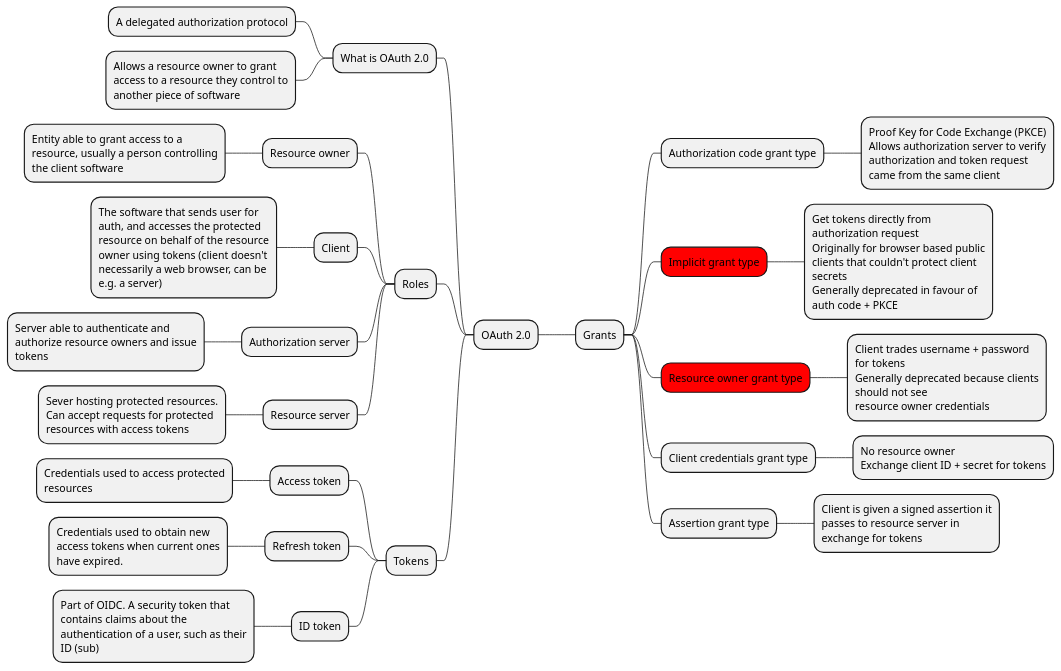
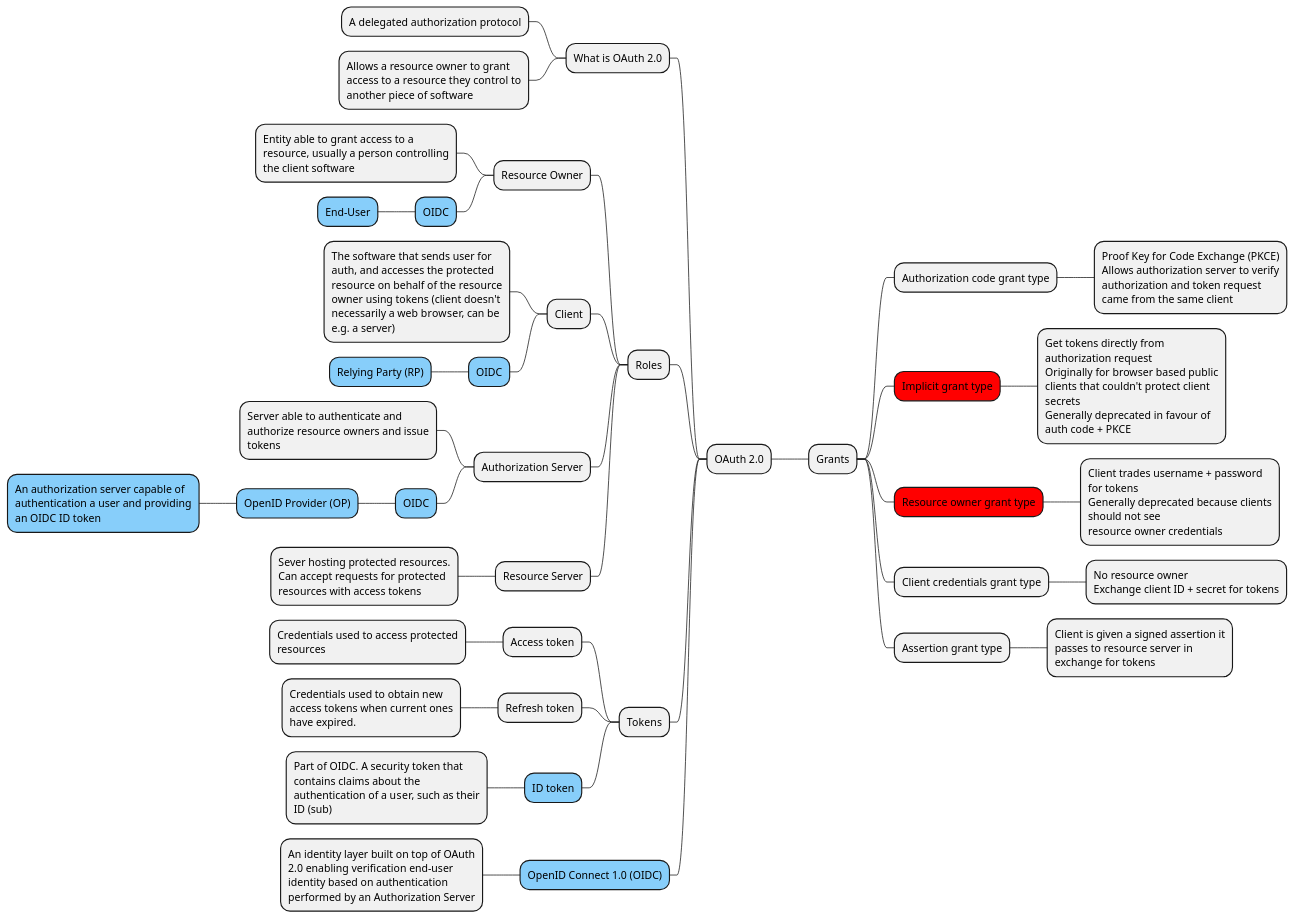
The diagram in oauth/oauth.puml (hwride/auth), drawn with PlantUML before and after one commit.

Commit message:
Add some OIDC notes

```diff
--- a/oauth/oauth.puml
+++ b/oauth/oauth.puml
@@ -1,50 +1,60 @@
 @startmindmap
 
 <style>
 node {
     MaximumWidth 250
 }
 </style>
 
 + OAuth 2.0
 ++ Grants
 *** Authorization code grant type
 ****:Proof Key for Code Exchange (PKCE)
 Allows authorization server to verify authorization and token request came from the same client;
 ***[#red] Implicit grant type
 ****:Get tokens directly from authorization request
 Originally for browser based public clients that couldn't protect client secrets
 Generally deprecated in favour of auth code + PKCE;
 ***[#red] Resource owner grant type
 ****:Client trades username + password for tokens
 Generally deprecated because clients should not see
 resource owner credentials;
 *** Client credentials grant type
 **** No resource owner\nExchange client ID + secret for tokens
 *** Assertion grant type
 **** Client is given a signed assertion it passes to resource server in exchange for tokens
 
 left side
 
 ** What is OAuth 2.0
 *** A delegated authorization protocol
 *** Allows a resource owner to grant access to a resource they control to another piece of software
 
 ** Roles
-*** Resource owner
+*** Resource Owner
 **** Entity able to grant access to a resource, usually a person controlling the client software
+****[#LightSkyBlue] OIDC
+*****[#LightSkyBlue] End-User
 *** Client
 **** The software that sends user for auth, and accesses the protected resource on behalf of the resource owner using tokens (client doesn't necessarily a web browser, can be e.g. a server)
-*** Authorization server
+****[#LightSkyBlue] OIDC
+*****[#LightSkyBlue] Relying Party (RP)
+*** Authorization Server
 **** Server able to authenticate and authorize resource owners and issue tokens
-*** Resource server
+****[#LightSkyBlue] OIDC
+*****[#LightSkyBlue] OpenID Provider (OP)
+******[#LightSkyBlue] An authorization server capable of authentication a user and providing an OIDC ID token
+*** Resource Server
 **** Sever hosting protected resources. Can accept requests for protected resources with access tokens
 
 ** Tokens
 *** Access token
 **** Credentials used to access protected resources
 *** Refresh token
 **** Credentials used to obtain new access tokens when current ones have expired.
-*** ID token
+***[#LightSkyBlue] ID token
 **** Part of OIDC. A security token that contains claims about the authentication of a user, such as their ID (sub)
+
+**[#LightSkyBlue] OpenID Connect 1.0 (OIDC)
+*** An identity layer built on top of OAuth 2.0 enabling verification end-user identity based on authentication performed by an Authorization Server
 @endmindmap
```
